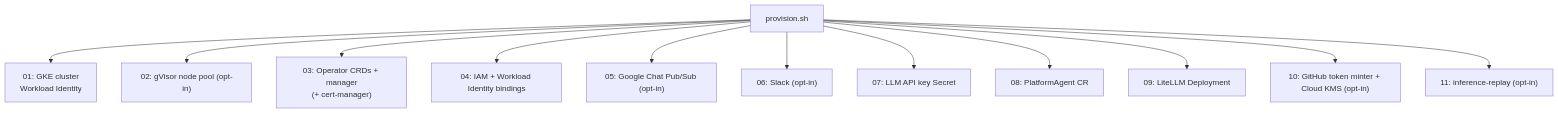
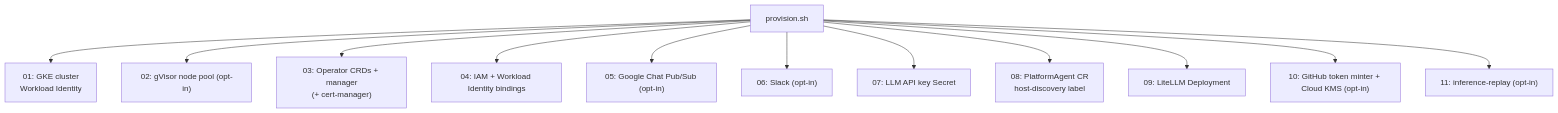
The diagram in docs/site/src/content/docs/install/quickstart-gke.mdx (gke-labs/kube-agents), drawn with Mermaid before and after one commit. The commit also changed 13 other files, not shown here.

Commit message:
feat(provision): label kube-agents host clusters

````diff
--- a/docs/site/src/content/docs/install/quickstart-gke.mdx
+++ b/docs/site/src/content/docs/install/quickstart-gke.mdx
@@ -91,14 +91,14 @@
 ```mermaid
 flowchart TB
     A[provision.sh] --> B["01: GKE cluster<br/>Workload Identity"]
     A --> C["02: gVisor node pool (opt-in)"]
     A --> D["03: Operator CRDs + manager<br/>(+ cert-manager)"]
     A --> E["04: IAM + Workload Identity bindings"]
     A --> F["05: Google Chat Pub/Sub (opt-in)"]
     A --> G["06: Slack (opt-in)"]
     A --> H["07: LLM API key Secret"]
-    A --> I["08: PlatformAgent CR"]
+    A --> I["08: PlatformAgent CR<br/>host-discovery label"]
     A --> J["09: LiteLLM Deployment"]
     A --> K["10: GitHub token minter + Cloud KMS (opt-in)"]
     A --> L["11: inference-replay (opt-in)"]
 ```
````
